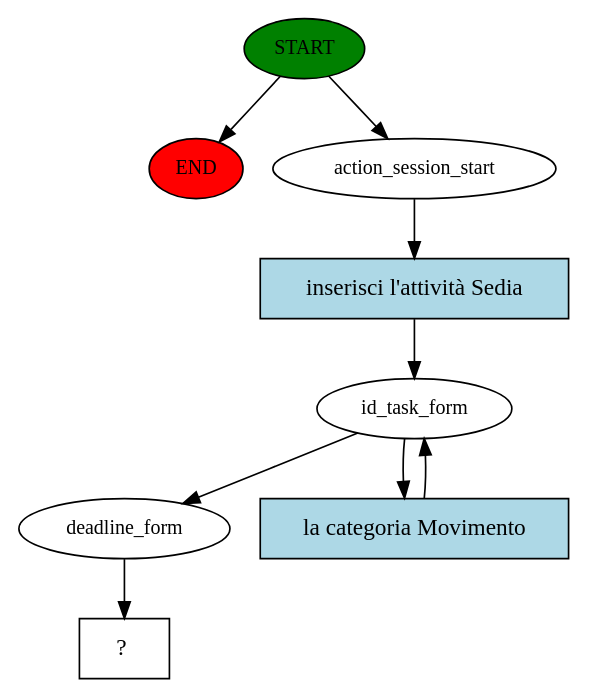
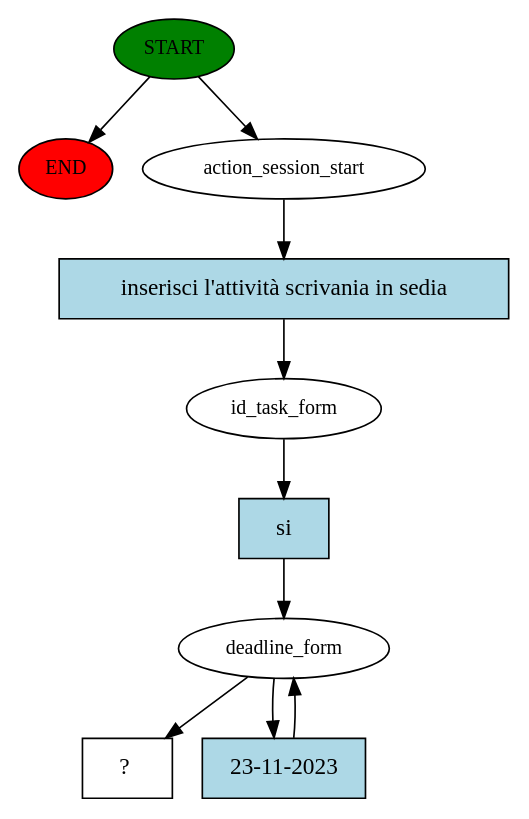
One commit to ManDrake-hub/ROS_todoList_chatbot changed the diagram in story_graph.dot. Above: the diagram before and after it, drawn with Graphviz. The commit also changed 9 other files, not shown here.

```diff
--- a/story_graph.dot
+++ b/story_graph.dot
@@ -1,18 +1,20 @@
 digraph  {
 0 [class="start active", fillcolor=green, fontsize=12, label=START, style=filled];
 "-1" [class=end, fillcolor=red, fontsize=12, label=END, style=filled];
 1 [class=active, fontsize=12, label=action_session_start];
 2 [class=active, fontsize=12, label=id_task_form];
-4 [class=active, fontsize=12, label=deadline_form];
+3 [class=active, fontsize=12, label=deadline_form];
 5 [class="intent dashed active", label="  ?  ", shape=rect];
-6 [class="intent active", fillcolor=lightblue, label="inserisci l'attività Sedia", shape=rect, style=filled];
-7 [class="intent active", fillcolor=lightblue, label="la categoria Movimento", shape=rect, style=filled];
+6 [class="intent active", fillcolor=lightblue, label="inserisci l'attività scrivania in sedia", shape=rect, style=filled];
+7 [class="intent active", fillcolor=lightblue, label=si, shape=rect, style=filled];
+8 [class="intent active", fillcolor=lightblue, label="23-11-2023", shape=rect, style=filled];
 0 -> "-1"  [class="", key=NONE, label=""];
 0 -> 1  [class=active, key=NONE, label=""];
 1 -> 6  [class=active, key=0];
-2 -> 4  [class=active, key=NONE, label=""];
 2 -> 7  [class=active, key=0];
-4 -> 5  [class=active, key=NONE, label=""];
+3 -> 5  [class=active, key=NONE, label=""];
+3 -> 8  [class=active, key=0];
 6 -> 2  [class=active, key=0];
-7 -> 2  [class=active, key=0];
+7 -> 3  [class=active, key=0];
+8 -> 3  [class=active, key=0];
 }
```
